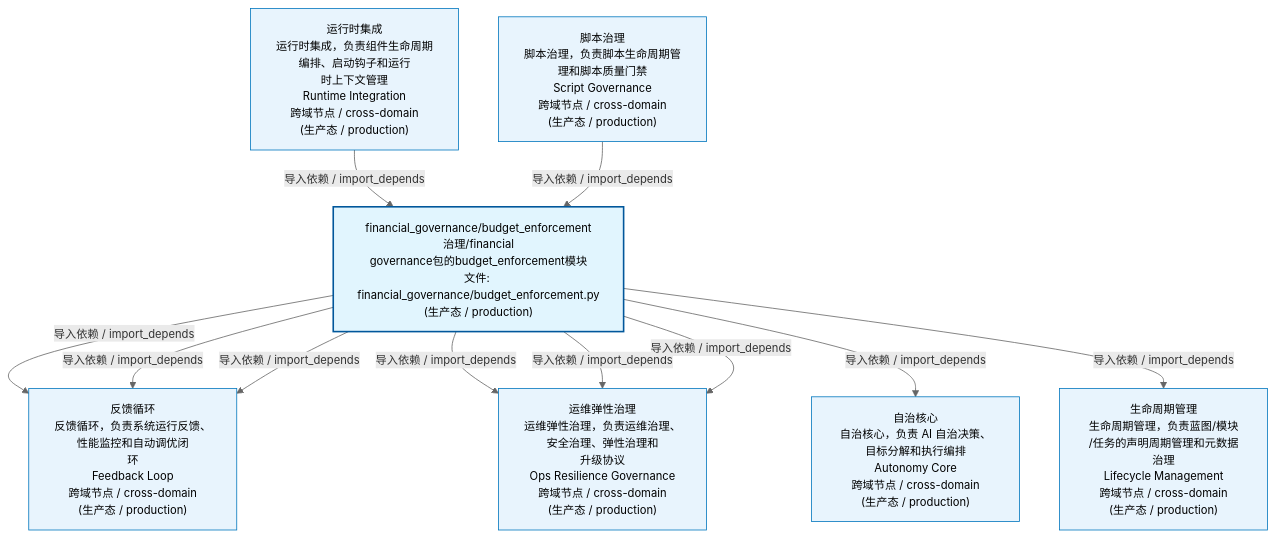
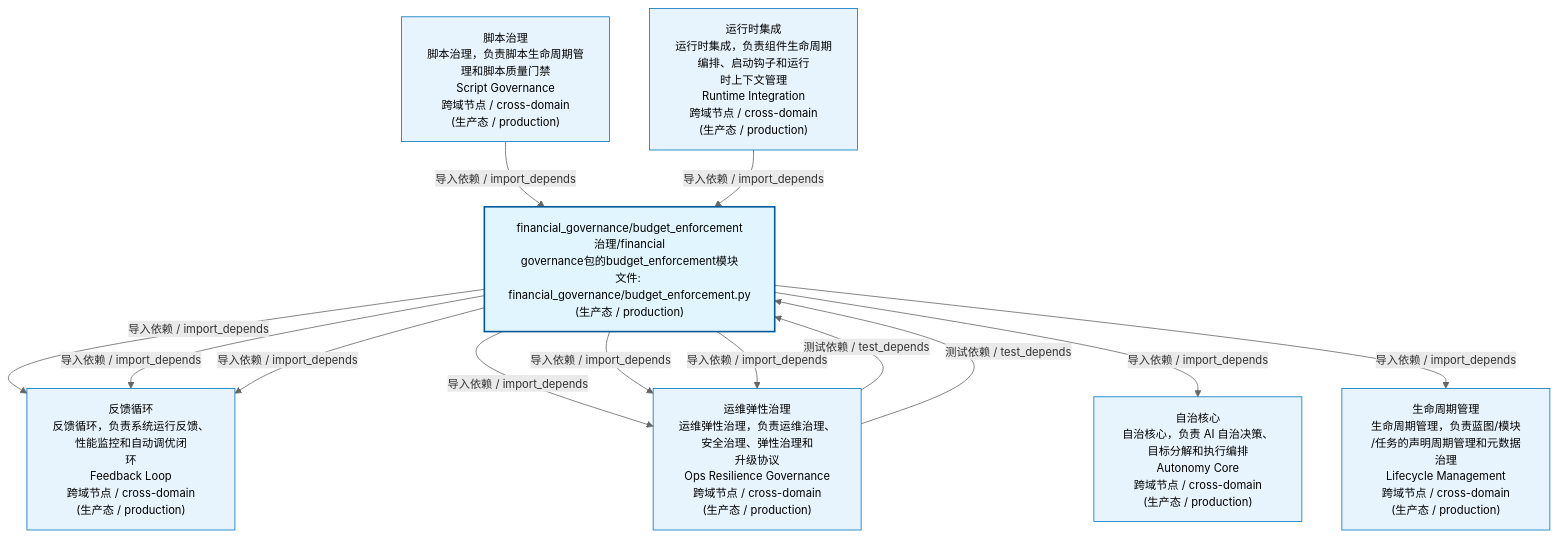
One commit to xuanFelixVan/ZephyrAlpha changed the first of 3 diagrams in docs/02_enterprise_architecture/02_domain_architecture_docs/54_d_gov_repair.md. Above: the diagram before and after it, drawn with Mermaid. The commit also changed other lines of this file and 45 other files, not shown here.

````diff
--- a/docs/02_enterprise_architecture/02_domain_architecture_docs/54_d_gov_repair.md
+++ b/docs/02_enterprise_architecture/02_domain_architecture_docs/54_d_gov_repair.md
@@ -53,27 +53,29 @@
 ```mermaid
 %%{init: {'theme': 'base', 'themeVariables': {'primaryColor': '#eaeaea', 'primaryTextColor': '#333333', 'primaryBorderColor': '#666666', 'lineColor': '#666666', 'secondaryColor': '#eaeaea', 'tertiaryColor': '#eaeaea', 'fontSize': '14px'}}}%%
 flowchart TD
     src_zephyr_governance_financial_governance_budget_enforcement_py["financial_governance/budget_enforcement<br/>治理/financial<br/>governance包的budget_enforcement模块<br/>文件: financial_governance/budget_enforcement.py<br/>(生产态 / production)"]
     D_OPS["反馈循环<br/>反馈循环，负责系统运行反馈、性能监控和自动调优闭<br/>环<br/>Feedback Loop<br/>跨域节点 / cross-domain<br/>(生产态 / production)"]
     src_zephyr_governance_financial_governance_budget_enforcement_py -->|导入依赖 / import_depends| D_OPS
     src_zephyr_governance_financial_governance_budget_enforcement_py -->|导入依赖 / import_depends| D_OPS
     D_GOV_OPS_RESILIENCE["运维弹性治理<br/>运维弹性治理，负责运维治理、安全治理、弹性治理和<br/>升级协议<br/>Ops Resilience Governance<br/>跨域节点 / cross-domain<br/>(生产态 / production)"]
     src_zephyr_governance_financial_governance_budget_enforcement_py -->|导入依赖 / import_depends| D_GOV_OPS_RESILIENCE
     src_zephyr_governance_financial_governance_budget_enforcement_py -->|导入依赖 / import_depends| D_GOV_OPS_RESILIENCE
     src_zephyr_governance_financial_governance_budget_enforcement_py -->|导入依赖 / import_depends| D_OPS
     src_zephyr_governance_financial_governance_budget_enforcement_py -->|导入依赖 / import_depends| D_GOV_OPS_RESILIENCE
     D_AUTONOMY_CORE["自治核心<br/>自治核心，负责 AI 自治决策、目标分解和执行编排<br/>Autonomy Core<br/>跨域节点 / cross-domain<br/>(生产态 / production)"]
     src_zephyr_governance_financial_governance_budget_enforcement_py -->|导入依赖 / import_depends| D_AUTONOMY_CORE
     D_GOVERNANCE["生命周期管理<br/>生命周期管理，负责蓝图/模块<br/>/任务的声明周期管理和元数据治理<br/>Lifecycle Management<br/>跨域节点 / cross-domain<br/>(生产态 / production)"]
     src_zephyr_governance_financial_governance_budget_enforcement_py -->|导入依赖 / import_depends| D_GOVERNANCE
+    D_GOV_SCRIPTS["脚本治理<br/>脚本治理，负责脚本生命周期管理和脚本质量门禁<br/>Script Governance<br/>跨域节点 / cross-domain<br/>(生产态 / production)"]
+    D_GOV_SCRIPTS -->|导入依赖 / import_depends| src_zephyr_governance_financial_governance_budget_enforcement_py
+    D_GOV_OPS_RESILIENCE -->|测试依赖 / test_depends| src_zephyr_governance_financial_governance_budget_enforcement_py
+    D_GOV_OPS_RESILIENCE -->|测试依赖 / test_depends| src_zephyr_governance_financial_governance_budget_enforcement_py
     D_INFRA_RUNTIME["运行时集成<br/>运行时集成，负责组件生命周期编排、启动钩子和运行<br/>时上下文管理<br/>Runtime Integration<br/>跨域节点 / cross-domain<br/>(生产态 / production)"]
     D_INFRA_RUNTIME -->|导入依赖 / import_depends| src_zephyr_governance_financial_governance_budget_enforcement_py
-    D_GOV_SCRIPTS["脚本治理<br/>脚本治理，负责脚本生命周期管理和脚本质量门禁<br/>Script Governance<br/>跨域节点 / cross-domain<br/>(生产态 / production)"]
-    D_GOV_SCRIPTS -->|导入依赖 / import_depends| src_zephyr_governance_financial_governance_budget_enforcement_py
     classDef production fill:#e1f5fe,stroke:#01579b,stroke-width:2px,color:#000
     classDef design fill:#fff3e0,stroke:#e65100,stroke-width:2px,color:#000,stroke-dasharray: 5 5
     classDef external_prod fill:#e8f4fd,stroke:#0277bd,stroke-width:1px,color:#000
     classDef external_design fill:#fff8e7,stroke:#ef6c00,stroke-width:1px,color:#000,stroke-dasharray: 5 5
     class src_zephyr_governance_financial_governance_budget_enforcement_py production
-    class D_OPS,D_GOV_OPS_RESILIENCE,D_AUTONOMY_CORE,D_GOVERNANCE,D_INFRA_RUNTIME,D_GOV_SCRIPTS external_prod
+    class D_OPS,D_GOV_OPS_RESILIENCE,D_AUTONOMY_CORE,D_GOVERNANCE,D_GOV_SCRIPTS,D_INFRA_RUNTIME external_prod
 ```
````
